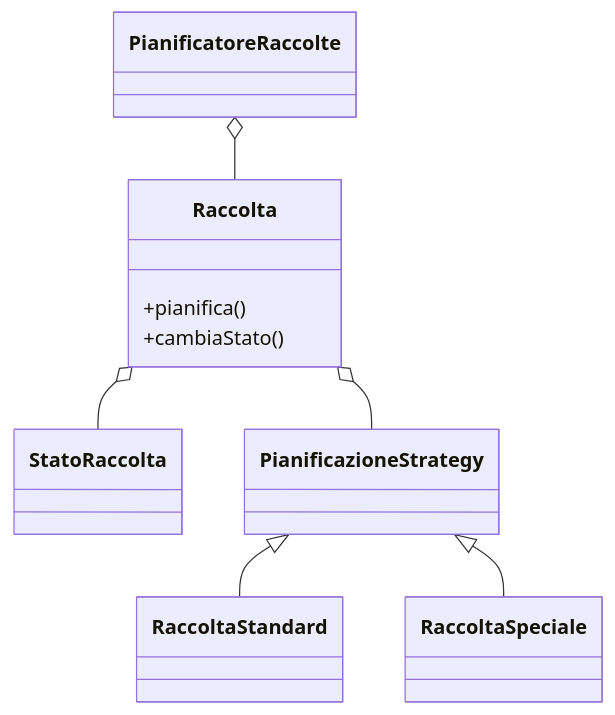
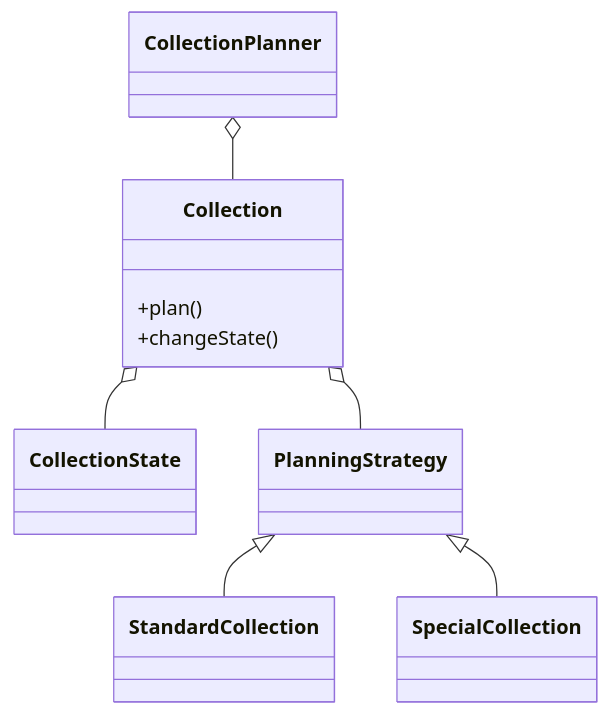
The fourth of 8 diagrams in README.md (Alex-Cambrini/pss24-25-WasteMaster-Cambrini-Ferrari-Ragazzini), drawn with Mermaid before and after one commit. The commit also changed other lines of this file, not shown here.

````diff
--- a/README.md
+++ b/README.md
@@ -151,18 +152,18 @@
 ```mermaid
 classDiagram
-    class Raccolta {
-      +pianifica()
-      +cambiaStato()
+    class Collection {
+      +plan()
+      +changeState()
     }
-    interface PianificazioneStrategy
-    class RaccoltaStandard
-    class RaccoltaSpeciale
-    class StatoRaccolta
-    class PianificatoreRaccolte
+    interface PlanningStrategy
+    class StandardCollection
+    class SpecialCollection
+    class CollectionState
+    class CollectionPlanner
 
-    Raccolta o-- PianificazioneStrategy
-    PianificazioneStrategy <|-- RaccoltaStandard
-    PianificazioneStrategy <|-- RaccoltaSpeciale
-    Raccolta o-- StatoRaccolta
-    PianificatoreRaccolte o-- Raccolta
+    Collection o-- PlanningStrategy
+    PlanningStrategy <|-- StandardCollection
+    PlanningStrategy <|-- SpecialCollection
+    Collection o-- CollectionState
+    CollectionPlanner o-- Collection
 ```
````
